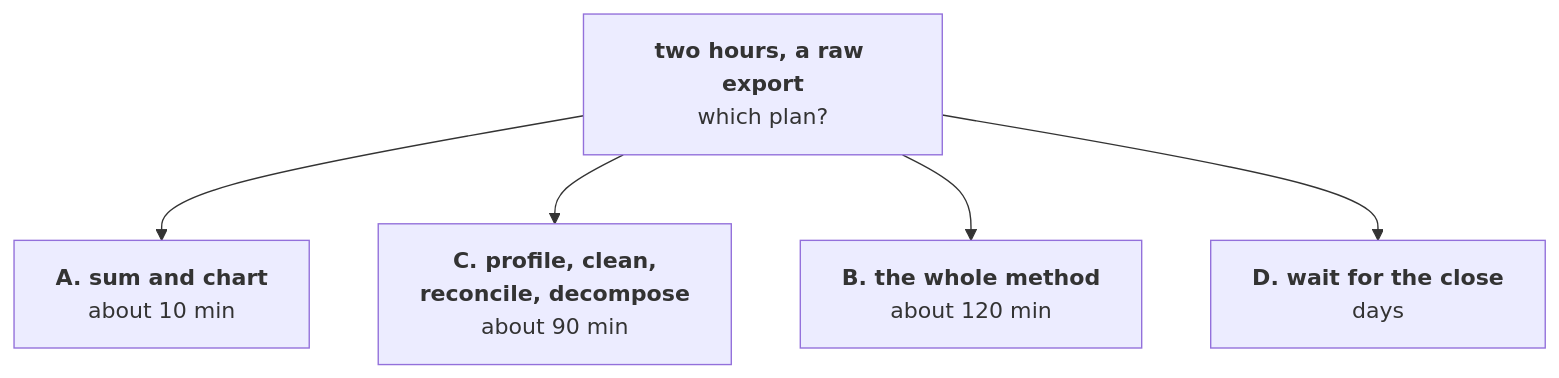
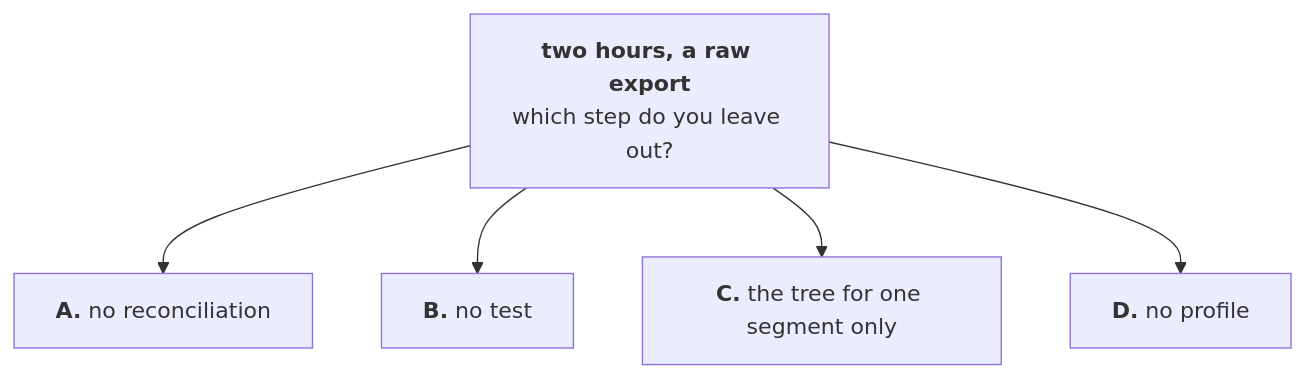
One commit to fde-academy-lab/c2-content-factory changed the diagram in content/W01/D5/exercises/unguided/C2_W01_D05_timed_cases_STUDENT.md. Above: the diagram before and after it, drawn with Mermaid. The commit also changed other lines of this file and 1 other file, not shown here.

````diff
--- a/content/W01/D5/exercises/unguided/C2_W01_D05_timed_cases_STUDENT.md
+++ b/content/W01/D5/exercises/unguided/C2_W01_D05_timed_cases_STUDENT.md
@@ -25,7 +29,7 @@
 ```mermaid
 flowchart TB
-    Q["<b>two hours, a raw export</b><br/>which plan?"] --> A["<b>A. sum and chart</b><br/>about 10 min"]
-    Q --> C["<b>C. profile, clean,<br/>reconcile, decompose</b><br/>about 90 min"]
-    Q --> B["<b>B. the whole method</b><br/>about 120 min"]
-    Q --> D["<b>D. wait for the close</b><br/>days"]
+    Q["<b>two hours, a raw export</b><br/>which step do you leave out?"] --> A["<b>A.</b> no reconciliation"]
+    Q --> B["<b>B.</b> no test"]
+    Q --> C["<b>C.</b> the tree for one segment only"]
+    Q --> D["<b>D.</b> no profile"]
 ```
````
